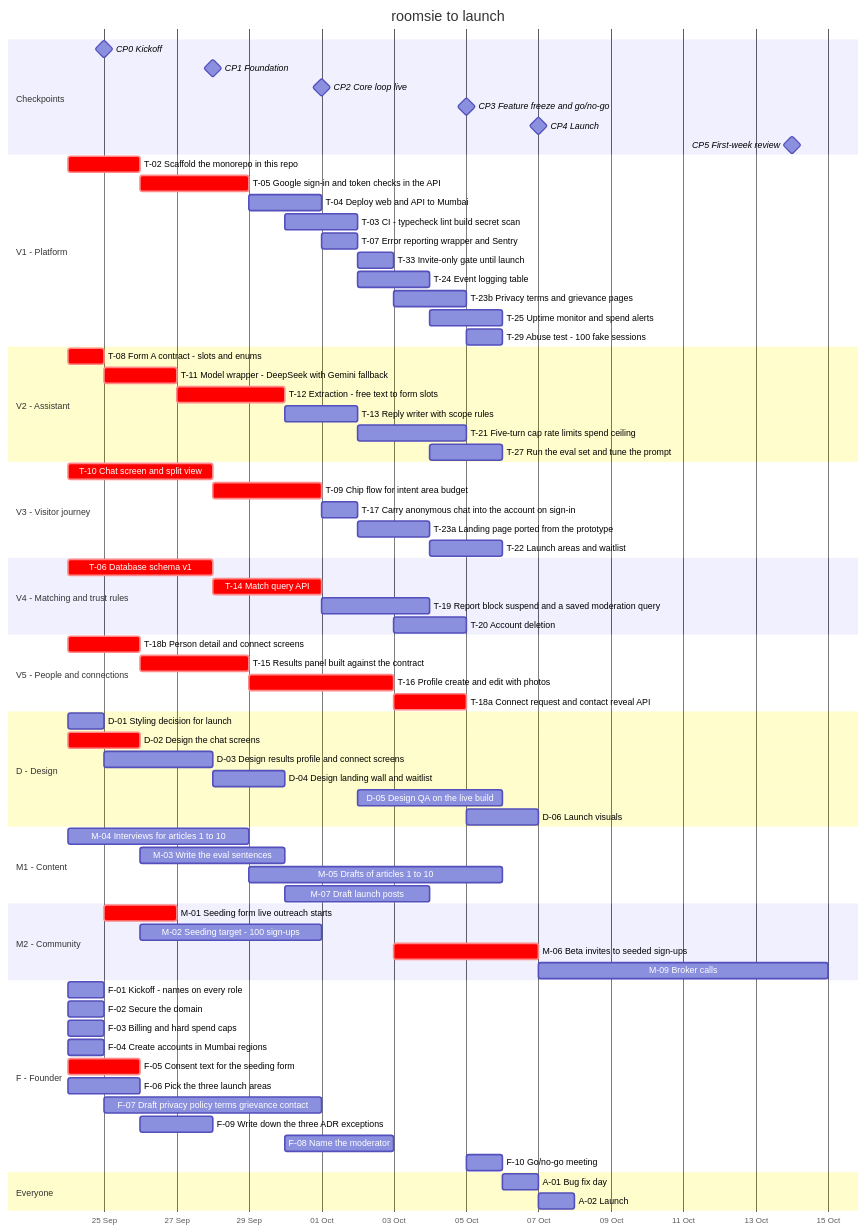
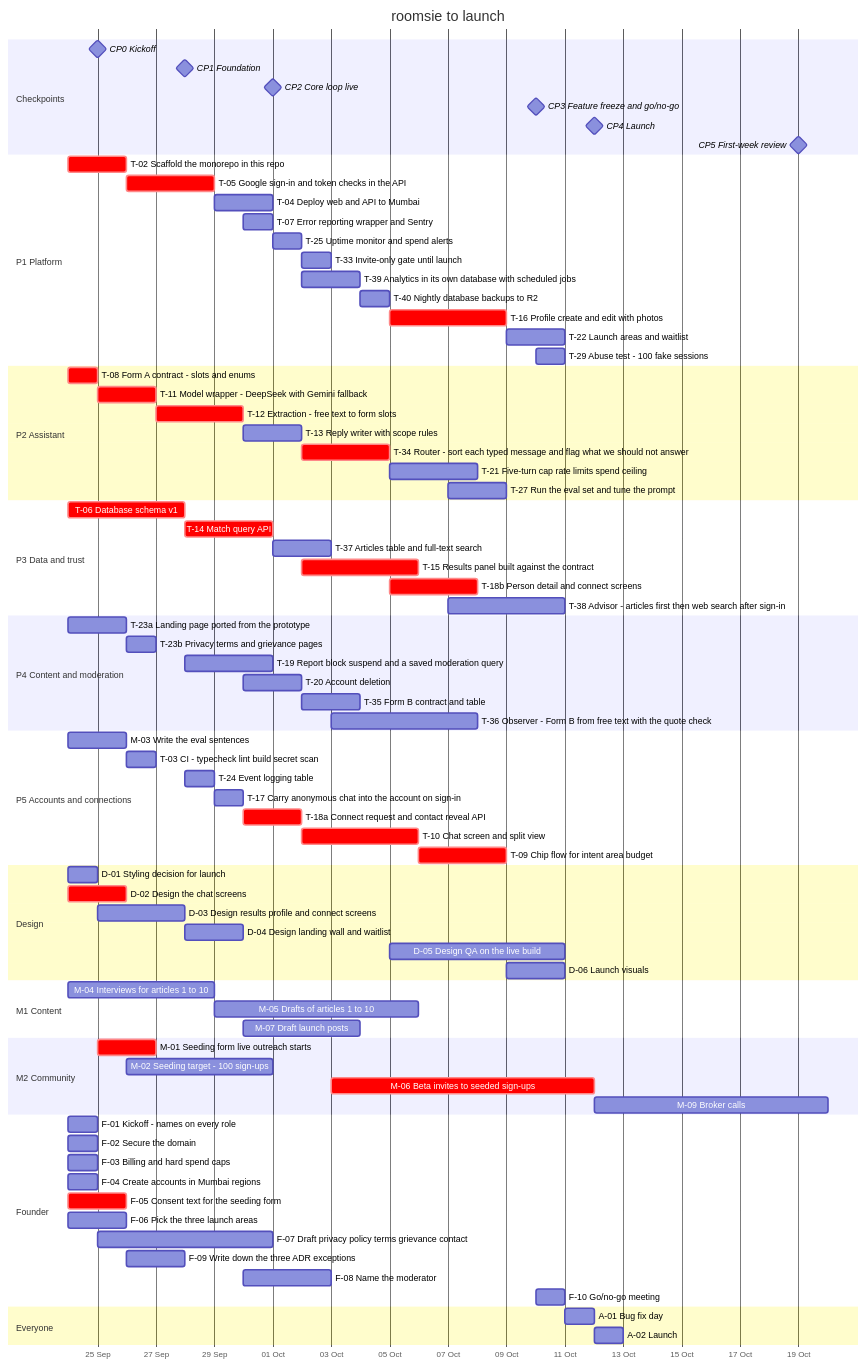
Before and after one commit to magentawood/roomsie: the diagram in docs/team-plan.md, drawn with Mermaid. The commit also changed other lines of this file and 72 other files, not shown here.

First line of the commit message:
Bring the assistant back into launch, and make the architecture absorb change (#62)

````diff
--- a/docs/team-plan.md
+++ b/docs/team-plan.md
@@ -254,61 +280,68 @@
     CP0 Kickoff :milestone, cp0, 2026-09-25, 0d
     CP1 Foundation :milestone, cp1, 2026-09-28, 0d
     CP2 Core loop live :milestone, cp2, 2026-10-01, 0d
-    CP3 Feature freeze and go/no-go :milestone, cp3, 2026-10-05, 0d
-    CP4 Launch :milestone, cp4, 2026-10-07, 0d
-    CP5 First-week review :milestone, cp5, 2026-10-14, 0d
-    section V1 - Platform
+    CP3 Feature freeze and go/no-go :milestone, cp3, 2026-10-10, 0d
+    CP4 Launch :milestone, cp4, 2026-10-12, 0d
+    CP5 First-week review :milestone, cp5, 2026-10-19, 0d
+    section P1 Platform
     T-02 Scaffold the monorepo in this repo :crit, t02, 2026-09-24, 2d
     T-05 Google sign-in and token checks in the API :crit, t05, 2026-09-26, 3d
     T-04 Deploy web and API to Mumbai :t04, 2026-09-29, 2d
-    T-03 CI - typecheck lint build secret scan :t03, 2026-09-30, 2d
-    T-07 Error reporting wrapper and Sentry :t07, 2026-10-01, 1d
+    T-07 Error reporting wrapper and Sentry :t07, 2026-09-30, 1d
+    T-25 Uptime monitor and spend alerts :t25, 2026-10-01, 1d
     T-33 Invite-only gate until launch :t33, 2026-10-02, 1d
-    T-24 Event logging table :t24, 2026-10-02, 2d
-    T-23b Privacy terms and grievance pages :t23b, 2026-10-03, 2d
-    T-25 Uptime monitor and spend alerts :t25, 2026-10-04, 2d
-    T-29 Abuse test - 100 fake sessions :t29, 2026-10-05, 1d
-    section V2 - Assistant
+    T-39 Analytics in its own database with scheduled jobs :t39, 2026-10-02, 2d
+    T-40 Nightly database backups to R2 :t40, 2026-10-04, 1d
+    T-16 Profile create and edit with photos :crit, t16, 2026-10-05, 4d
+    T-22 Launch areas and waitlist :t22, 2026-10-09, 2d
+    T-29 Abuse test - 100 fake sessions :t29, 2026-10-10, 1d
+    section P2 Assistant
     T-08 Form A contract - slots and enums :crit, t08, 2026-09-24, 1d
     T-11 Model wrapper - DeepSeek with Gemini fallback :crit, t11, 2026-09-25, 2d
     T-12 Extraction - free text to form slots :crit, t12, 2026-09-27, 3d
     T-13 Reply writer with scope rules :t13, 2026-09-30, 2d
-    T-21 Five-turn cap rate limits spend ceiling :t21, 2026-10-02, 3d
-    T-27 Run the eval set and tune the prompt :t27, 2026-10-04, 2d
-    section V3 - Visitor journey
-    T-10 Chat screen and split view :crit, t10, 2026-09-24, 4d
-    T-09 Chip flow for intent area budget :crit, t09, 2026-09-28, 3d
-    T-17 Carry anonymous chat into the account on sign-in :t17, 2026-10-01, 1d
-    T-23a Landing page ported from the prototype :t23a, 2026-10-02, 2d
-    T-22 Launch areas and waitlist :t22, 2026-10-04, 2d
-    section V4 - Matching and trust rules
+    T-34 Router - sort each typed message and flag what we should not answer :crit, t34, 2026-10-02, 3d
+    T-21 Five-turn cap rate limits spend ceiling :t21, 2026-10-05, 3d
+    T-27 Run the eval set and tune the prompt :t27, 2026-10-07, 2d
+    section P3 Data and trust
     T-06 Database schema v1 :crit, t06, 2026-09-24, 4d
     T-14 Match query API :crit, t14, 2026-09-28, 3d
-    T-19 Report block suspend and a saved moderation query :t19, 2026-10-01, 3d
-    T-20 Account deletion :t20, 2026-10-03, 2d
-    section V5 - People and connections
-    T-18b Person detail and connect screens :crit, t18b, 2026-09-24, 2d
-    T-15 Results panel built against the contract :crit, t15, 2026-09-26, 3d
-    T-16 Profile create and edit with photos :crit, t16, 2026-09-29, 4d
-    T-18a Connect request and contact reveal API :crit, t18a, 2026-10-03, 2d
-    section D - Design
+    T-37 Articles table and full-text search :t37, 2026-10-01, 2d
+    T-15 Results panel built against the contract :crit, t15, 2026-10-02, 4d
+    T-18b Person detail and connect screens :crit, t18b, 2026-10-05, 3d
+    T-38 Advisor - articles first then web search after sign-in :t38, 2026-10-07, 4d
+    section P4 Content and moderation
+    T-23a Landing page ported from the prototype :t23a, 2026-09-24, 2d
+    T-23b Privacy terms and grievance pages :t23b, 2026-09-26, 1d
+    T-19 Report block suspend and a saved moderation query :t19, 2026-09-28, 3d
+    T-20 Account deletion :t20, 2026-09-30, 2d
+    T-35 Form B contract and table :t35, 2026-10-02, 2d
+    T-36 Observer - Form B from free text with the quote check :t36, 2026-10-03, 5d
+    section P5 Accounts and connections
+    M-03 Write the eval sentences :m03, 2026-09-24, 2d
+    T-03 CI - typecheck lint build secret scan :t03, 2026-09-26, 1d
+    T-24 Event logging table :t24, 2026-09-28, 1d
+    T-17 Carry anonymous chat into the account on sign-in :t17, 2026-09-29, 1d
+    T-18a Connect request and contact reveal API :crit, t18a, 2026-09-30, 2d
+    T-10 Chat screen and split view :crit, t10, 2026-10-02, 4d
+    T-09 Chip flow for intent area budget :crit, t09, 2026-10-06, 3d
+    section Design
     D-01 Styling decision for launch :d01, 2026-09-24, 1d
     D-02 Design the chat screens :crit, d02, 2026-09-24, 2d
     D-03 Design results profile and connect screens :d03, 2026-09-25, 3d
     D-04 Design landing wall and waitlist :d04, 2026-09-28, 2d
-    D-05 Design QA on the live build :d05, 2026-10-02, 4d
-    D-06 Launch visuals :d06, 2026-10-05, 2d
-    section M1 - Content
+    D-05 Design QA on the live build :d05, 2026-10-05, 6d
+    D-06 Launch visuals :d06, 2026-10-09, 2d
+    section M1 Content
     M-04 Interviews for articles 1 to 10 :m04, 2026-09-24, 5d
-    M-03 Write the eval sentences :m03, 2026-09-26, 4d
     M-05 Drafts of articles 1 to 10 :m05, 2026-09-29, 7d
     M-07 Draft launch posts :m07, 2026-09-30, 4d
-    section M2 - Community
+    section M2 Community
     M-01 Seeding form live outreach starts :crit, m01, 2026-09-25, 2d
     M-02 Seeding target - 100 sign-ups :m02, 2026-09-26, 5d
-    M-06 Beta invites to seeded sign-ups :crit, m06, 2026-10-03, 4d
-    M-09 Broker calls :m09, 2026-10-07, 8d
-    section F - Founder
+    M-06 Beta invites to seeded sign-ups :crit, m06, 2026-10-03, 9d
+    M-09 Broker calls :m09, 2026-10-12, 8d
+    section Founder
     F-01 Kickoff - names on every role :f01, 2026-09-24, 1d
     F-02 Secure the domain :f02, 2026-09-24, 1d
     F-03 Billing and hard spend caps :f03, 2026-09-24, 1d
@@ -318,8 +351,8 @@
     F-07 Draft privacy policy terms grievance contact :f07, 2026-09-25, 6d
     F-09 Write down the three ADR exceptions :f09, 2026-09-26, 2d
     F-08 Name the moderator :f08, 2026-09-30, 3d
-    F-10 Go/no-go meeting :f10, 2026-10-05, 1d
+    F-10 Go/no-go meeting :f10, 2026-10-10, 1d
     section Everyone
-    A-01 Bug fix day :a01, 2026-10-06, 1d
-    A-02 Launch :a02, 2026-10-07, 1d
+    A-01 Bug fix day :a01, 2026-10-11, 1d
+    A-02 Launch :a02, 2026-10-12, 1d
 ```
````
